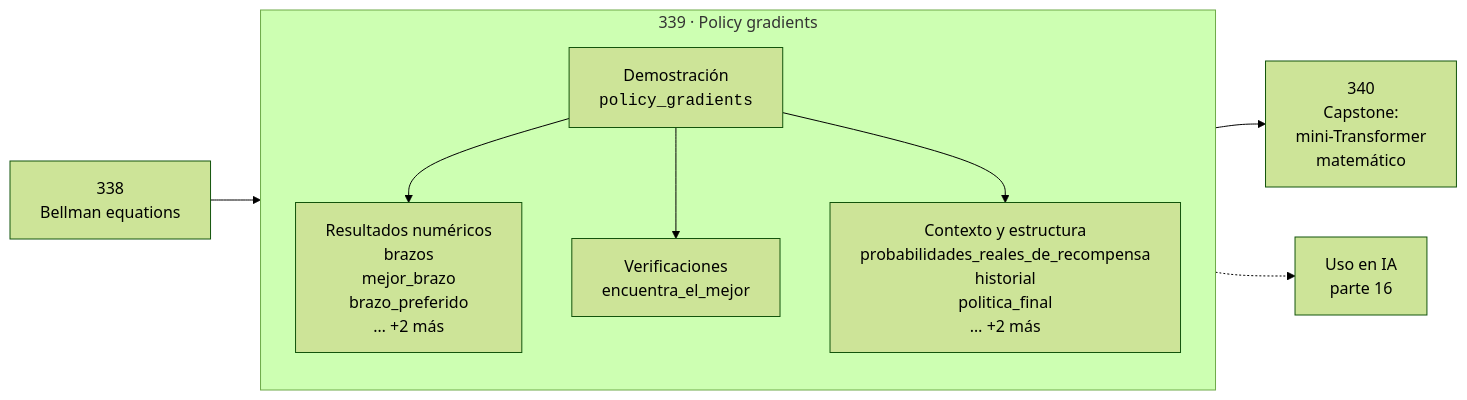
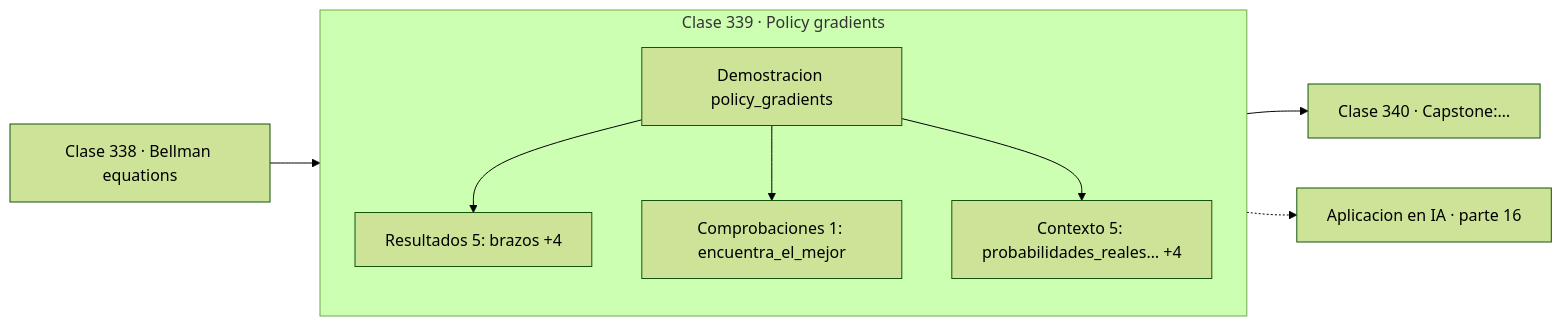
One commit to vladimiracunadev-create/computational-mathematics-program changed the diagram in classes/part-16-matematica-de-transformers-modelos-generativos-grafos-y-rl/339-policy-gradients/README.md. Above: the diagram before and after it, drawn with Mermaid (forest theme). The commit also changed 389 other files, not shown here.

First line of the commit message:
fix(diagramas): elimina el HTML de las etiquetas Mermaid

````diff
--- a/classes/part-16-matematica-de-transformers-modelos-generativos-grafos-y-rl/339-policy-gradients/README.md
+++ b/classes/part-16-matematica-de-transformers-modelos-generativos-grafos-y-rl/339-policy-gradients/README.md
@@ -30,12 +30,13 @@
 ```mermaid
 flowchart LR
-    P["338<br/>Bellman equations"] --> C
-    subgraph C["339 · Policy gradients"]
+    P["Clase 338 · Bellman equations"] --> D
+    subgraph CLASE["Clase 339 · Policy gradients"]
         direction TB
-        D["Demostración<br/><code>policy_gradients</code>"] --> R["Resultados numéricos<br/>brazos<br/>mejor_brazo<br/>brazo_preferido<br/>… +2 más"]
-        D --> V["Verificaciones<br/>encuentra_el_mejor"]
-        D --> O["Contexto y estructura<br/>probabilidades_reales_de_recompensa<br/>historial<br/>politica_final<br/>… +2 más"]
+        D["Demostracion policy_gradients"]
+        D --> R["Resultados 5: brazos +4"]
+        D --> V["Comprobaciones 1: encuentra_el_mejor"]
+        D --> O["Contexto 5: probabilidades_reales… +4"]
     end
-    C --> N["340<br/>Capstone:<br/>mini-Transformer<br/>matemático"]
-    C -.-> IA["Uso en IA<br/>parte 16"]
+    R --> N["Clase 340 · Capstone:…"]
+    V -.-> IA["Aplicacion en IA · parte 16"]
 ```
````
